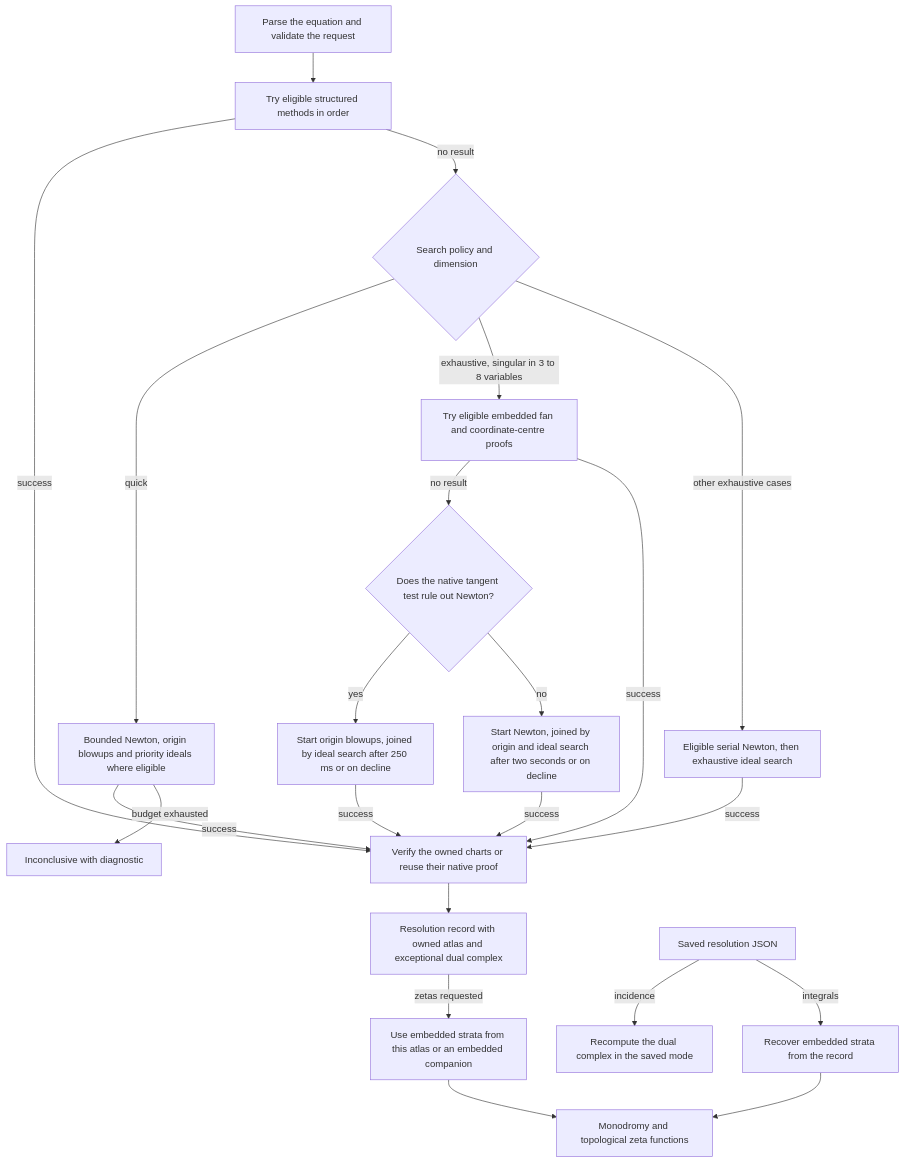
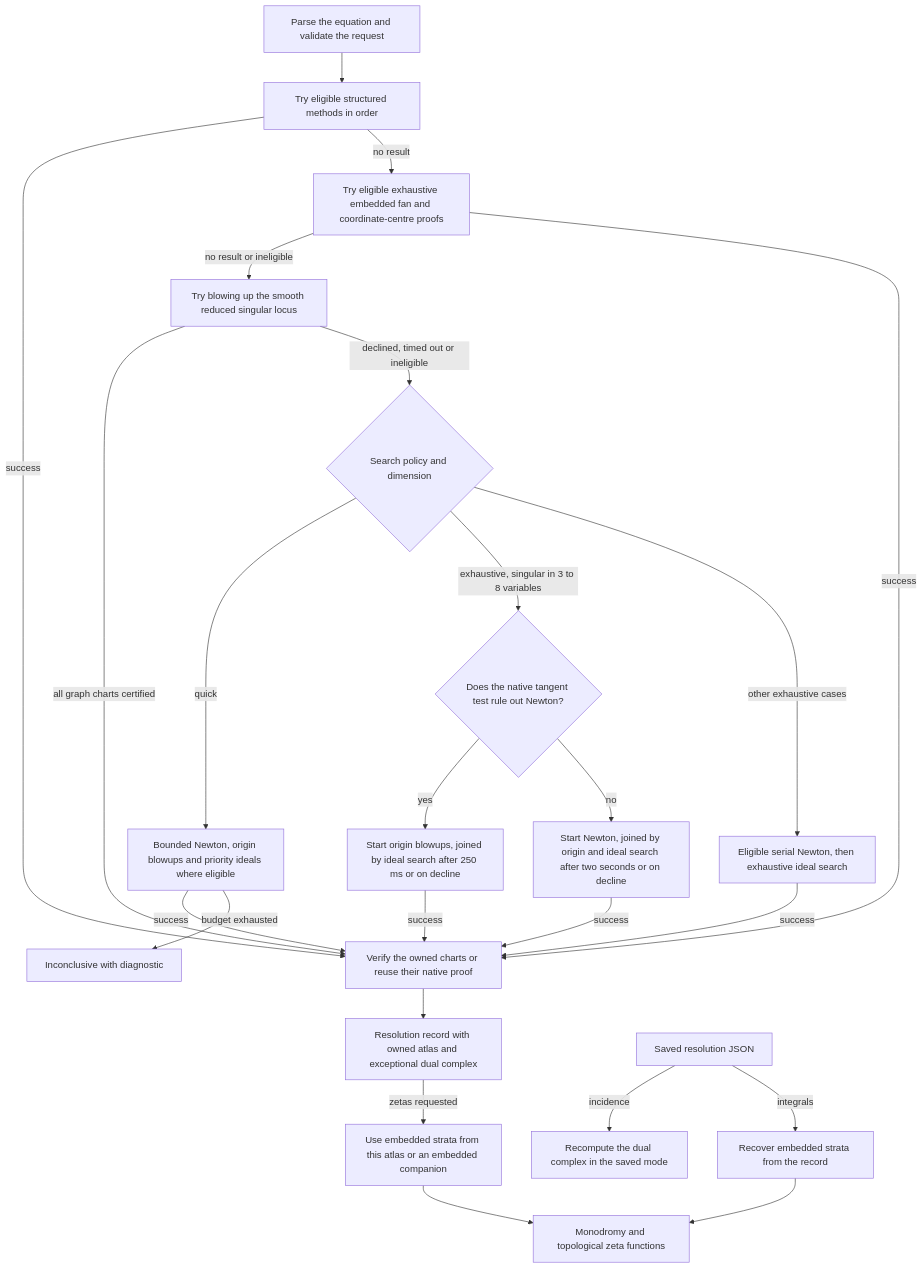
The diagram in docs/resolution-pipeline.md (pportilla/atlas), drawn with Mermaid before and after one commit. The commit also changed other lines of this file and 95 other files, not shown here.

````diff
--- a/docs/resolution-pipeline.md
+++ b/docs/resolution-pipeline.md
@@ -7,24 +7,26 @@
 ```mermaid
 flowchart TD
     A["Parse the equation and validate the request"] --> B["Try eligible structured methods in order"]
     B -->|success| V["Verify the owned charts or reuse their native proof"]
-    B -->|no result| P{"Search policy and dimension"}
+    B -->|no result| X["Try eligible exhaustive embedded fan and coordinate-centre proofs"]
+    X -->|no result or ineligible| G["Try blowing up the smooth reduced singular locus"]
+    G -->|all graph charts certified| V
+    G -->|declined, timed out or ineligible| P{"Search policy and dimension"}
     P -->|quick| Q["Bounded Newton, origin blowups and priority ideals where eligible"]
-    P -->|exhaustive, singular in 3 to 8 variables| X["Try eligible embedded fan and coordinate-centre proofs"]
-    X -->|no result| N{"Does the native tangent test rule out Newton?"}
+    P -->|exhaustive, singular in 3 to 8 variables| N{"Does the native tangent test rule out Newton?"}
     N -->|yes| O["Start origin blowups, joined by ideal search after 250 ms or on decline"]
     N -->|no| W["Start Newton, joined by origin and ideal search after two seconds or on decline"]
     P -->|other exhaustive cases| I["Eligible serial Newton, then exhaustive ideal search"]
     Q -->|success| V
     Q -->|budget exhausted| U["Inconclusive with diagnostic"]
     X -->|success| V
     O -->|success| V
     W -->|success| V
     I -->|success| V
     V --> R["Resolution record with owned atlas and exceptional dual complex"]
     R -->|zetas requested| S["Use embedded strata from this atlas or an embedded companion"]
     S --> Z["Monodromy and topological zeta functions"]
     H["Saved resolution JSON"] -->|incidence| D["Recompute the dual complex in the saved mode"]
     H -->|integrals| T["Recover embedded strata from the record"]
     T --> Z
 ```
````
